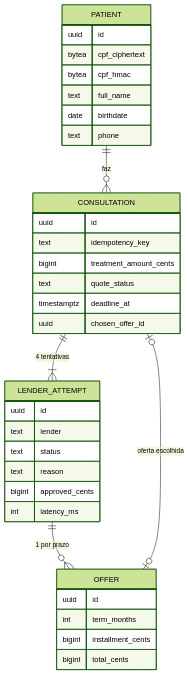
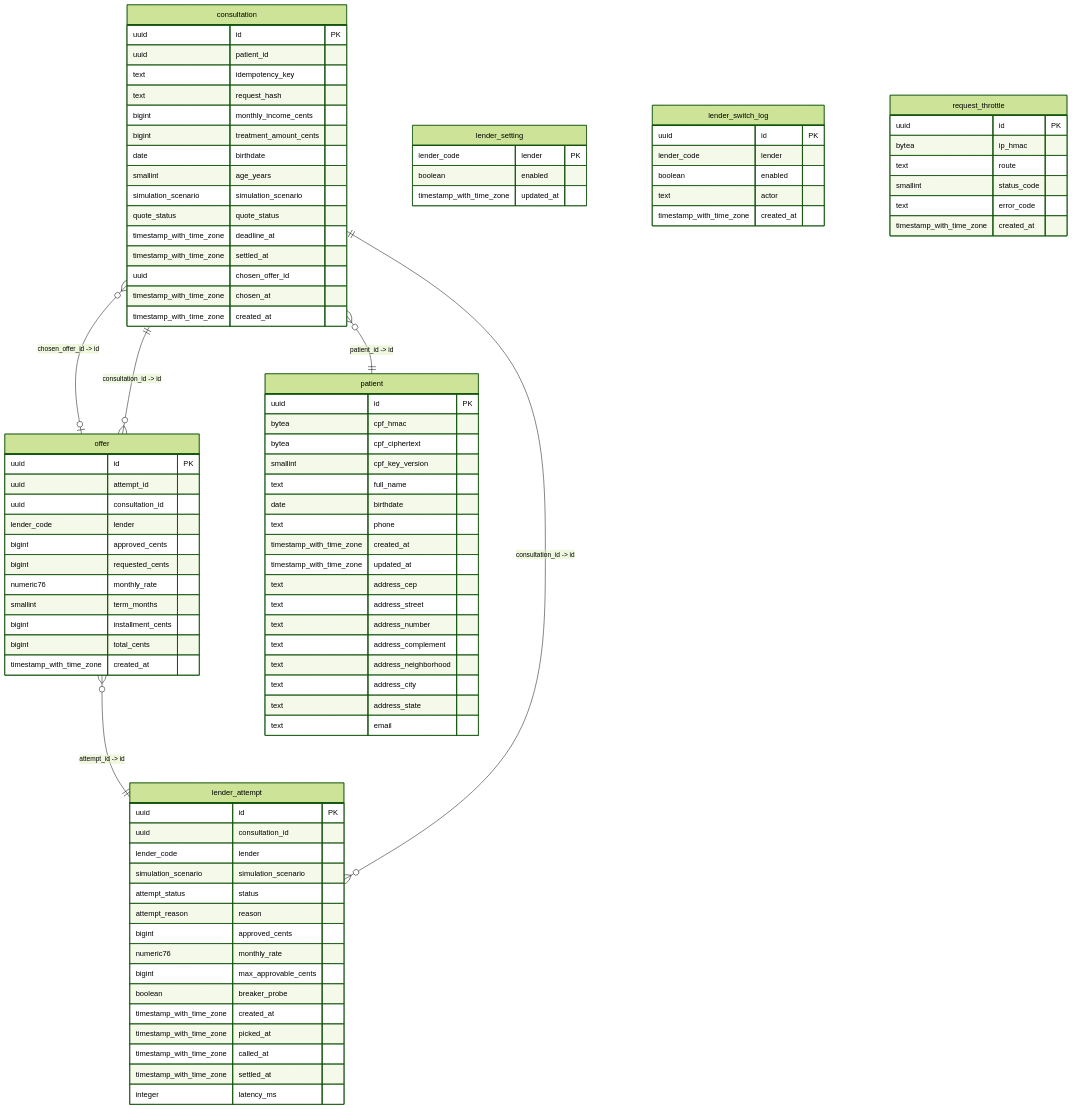
The third of 6 diagrams in README.md (micaelcf/parcela-mais-case), drawn with Mermaid (forest theme) before and after one commit. The commit also changed other lines of this file and 1 other file, not shown here.

Commit message:
:memo: docs(readme): full ER diagram from the live schema

````diff
--- a/README.md
+++ b/README.md
@@ -88,37 +88,94 @@
 ```mermaid
 erDiagram
-    PATIENT ||--o{ CONSULTATION : "faz"
-    CONSULTATION ||--|{ LENDER_ATTEMPT : "4 tentativas"
-    LENDER_ATTEMPT ||--o{ OFFER : "1 por prazo"
-    CONSULTATION |o--o| OFFER : "oferta escolhida"
-    PATIENT {
-        uuid id
-        bytea cpf_ciphertext
-        bytea cpf_hmac
-        text full_name
-        date birthdate
-        text phone
-    }
-    CONSULTATION {
-        uuid id
-        text idempotency_key
-        bigint treatment_amount_cents
-        text quote_status
-        timestamptz deadline_at
-        uuid chosen_offer_id
-    }
-    LENDER_ATTEMPT {
-        uuid id
-        text lender
-        text status
-        text reason
-        bigint approved_cents
-        int latency_ms
-    }
-    OFFER {
-        uuid id
-        int term_months
-        bigint installment_cents
-        bigint total_cents
-    }
+  consultation {
+    uuid id PK
+    uuid patient_id
+    text idempotency_key
+    text request_hash
+    bigint monthly_income_cents
+    bigint treatment_amount_cents
+    date birthdate
+    smallint age_years
+    simulation_scenario simulation_scenario
+    quote_status quote_status
+    timestamp_with_time_zone deadline_at
+    timestamp_with_time_zone settled_at
+    uuid chosen_offer_id
+    timestamp_with_time_zone chosen_at
+    timestamp_with_time_zone created_at
+  }
+  lender_attempt {
+    uuid id PK
+    uuid consultation_id
+    lender_code lender
+    simulation_scenario simulation_scenario
+    attempt_status status
+    attempt_reason reason
+    bigint approved_cents
+    numeric76 monthly_rate
+    bigint max_approvable_cents
+    boolean breaker_probe
+    timestamp_with_time_zone created_at
+    timestamp_with_time_zone picked_at
+    timestamp_with_time_zone called_at
+    timestamp_with_time_zone settled_at
+    integer latency_ms
+  }
+  lender_setting {
+    lender_code lender PK
+    boolean enabled
+    timestamp_with_time_zone updated_at
+  }
+  lender_switch_log {
+    uuid id PK
+    lender_code lender
+    boolean enabled
+    text actor
+    timestamp_with_time_zone created_at
+  }
+  offer {
+    uuid id PK
+    uuid attempt_id
+    uuid consultation_id
+    lender_code lender
+    bigint approved_cents
+    bigint requested_cents
+    numeric76 monthly_rate
+    smallint term_months
+    bigint installment_cents
+    bigint total_cents
+    timestamp_with_time_zone created_at
+  }
+  patient {
+    uuid id PK
+    bytea cpf_hmac
+    bytea cpf_ciphertext
+    smallint cpf_key_version
+    text full_name
+    date birthdate
+    text phone
+    timestamp_with_time_zone created_at
+    timestamp_with_time_zone updated_at
+    text address_cep
+    text address_street
+    text address_number
+    text address_complement
+    text address_neighborhood
+    text address_city
+    text address_state
+    text email
+  }
+  request_throttle {
+    uuid id PK
+    bytea ip_hmac
+    text route
+    smallint status_code
+    text error_code
+    timestamp_with_time_zone created_at
+  }
+  consultation }o--o| offer : "chosen_offer_id -> id"
+  consultation }o--|| patient : "patient_id -> id"
+  lender_attempt }o--|| consultation : "consultation_id -> id"
+  offer }o--|| lender_attempt : "attempt_id -> id"
+  offer }o--|| consultation : "consultation_id -> id"
 ```
````
